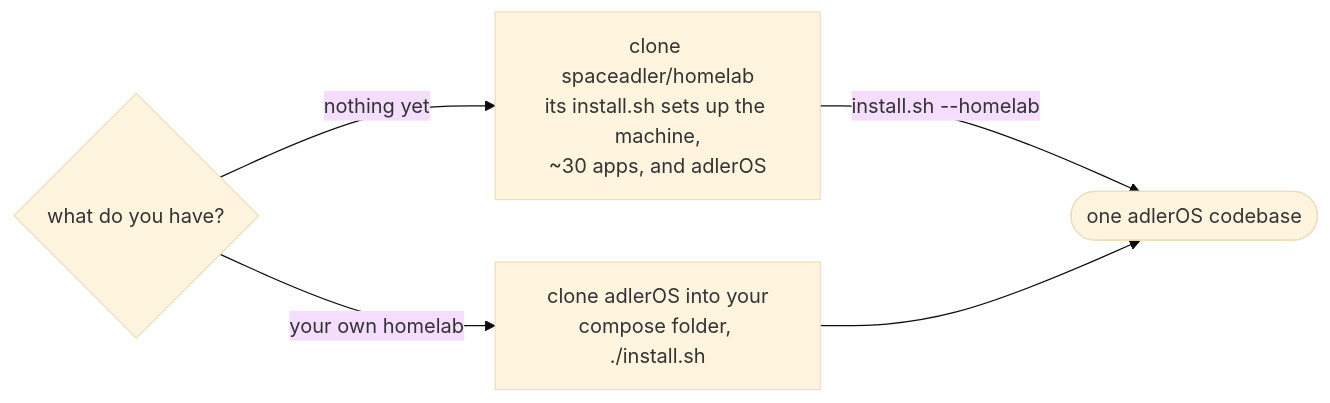
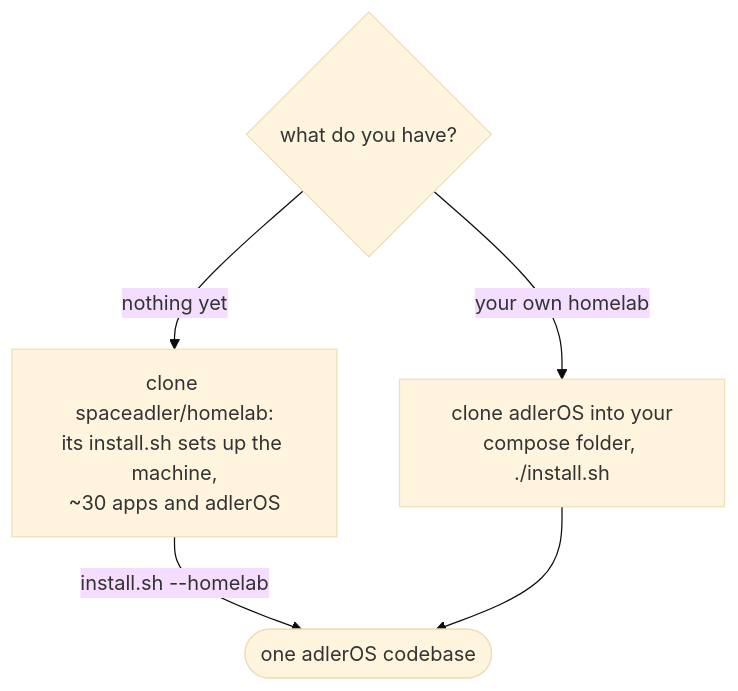
The first of 3 diagrams in README.md (spaceadler/adlerOS), drawn with Mermaid (base theme) before and after one commit.

Commit message:
README: install diagram top to bottom

````diff
--- a/README.md
+++ b/README.md
@@ -24,7 +24,7 @@
 ```mermaid
-flowchart LR
-    q{"what do you have?"} -->|"nothing yet"| hl["clone spaceadler/homelab<br/>its install.sh sets up the machine,<br/>~30 apps, and adlerOS"]
+flowchart TB
+    q{"what do you have?"} -->|"nothing yet"| hl["clone spaceadler/homelab:<br/>its install.sh sets up the machine,<br/>~30 apps and adlerOS"]
     q -->|"your own homelab"| sa["clone adlerOS into your<br/>compose folder, ./install.sh"]
     hl -->|"install.sh --homelab"| one(["one adlerOS codebase"])
     sa --> one
 ```
````
